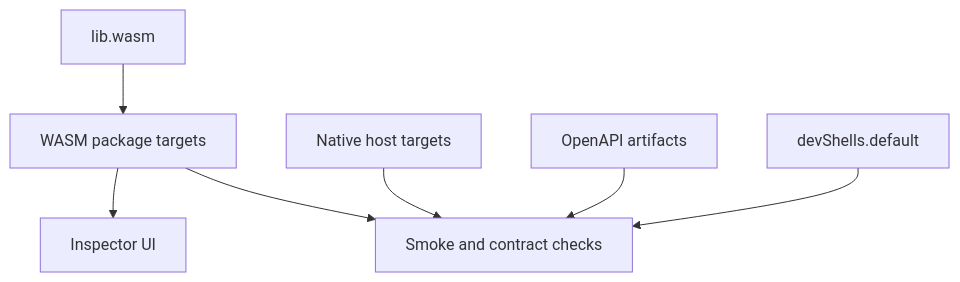
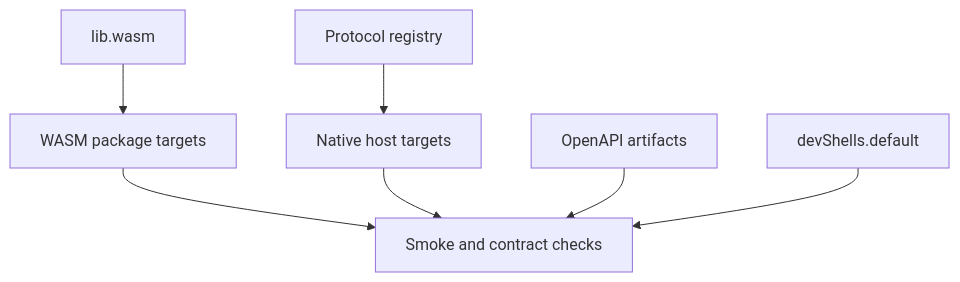
Before and after one commit to lambdasistemi/cardano-ledger-inspector: the second of 2 diagrams in gh-docs/architecture.md, drawn with Mermaid. The commit also changed other lines of this file and 71 other files, not shown here.

````diff
--- a/gh-docs/architecture.md
+++ b/gh-docs/architecture.md
@@ -117,17 +119,17 @@
 ```mermaid
 flowchart TB
   Lib[lib.wasm]
   WasmTargets[WASM package targets]
   HostTargets[Native host targets]
   OpenAPI[OpenAPI artifacts]
-  UI[Inspector UI]
+  Registry[Protocol registry]
   Checks[Smoke and contract checks]
   DevShell[devShells.default]
 
   Lib --> WasmTargets
-  WasmTargets --> UI
+  Registry --> HostTargets
   WasmTargets --> Checks
   HostTargets --> Checks
   OpenAPI --> Checks
   DevShell --> Checks
 ```
````
